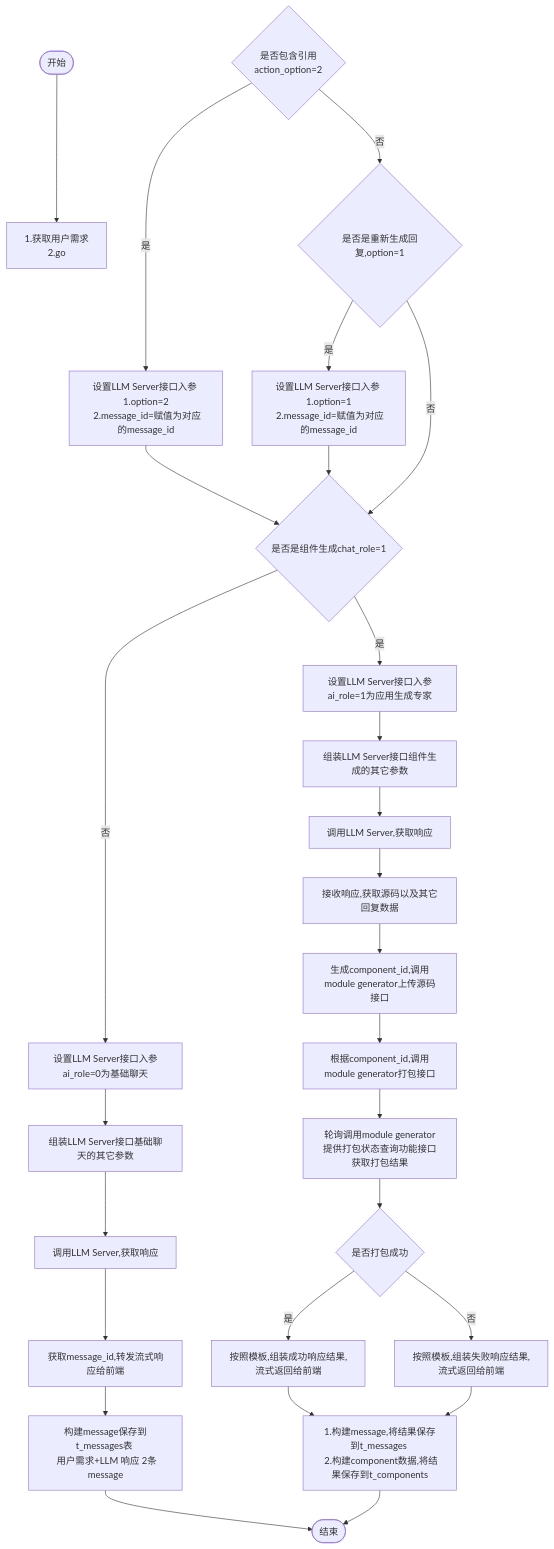
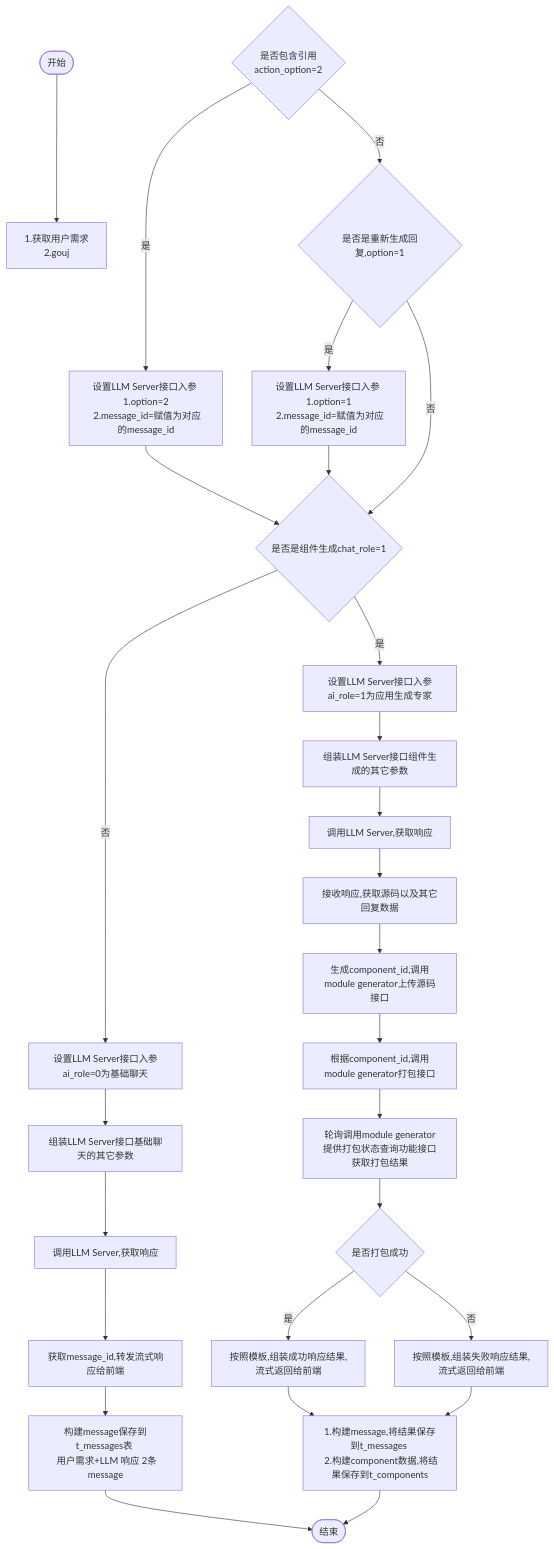
One commit to yingjianzh/iodraw-files changed the diagram in all/w3-会话-不需要传递message.md. Above: the diagram before and after it, drawn with Mermaid.

Commit message:
2024-10-15 14:18:09 update

````diff
--- a/all/w3-会话-不需要传递message.md
+++ b/all/w3-会话-不需要传递message.md
@@ -1,34 +1,34 @@
 ```mermaid
 flowchart TD
-    A([开始]) --> B[1.获取用户需求 \n 2.go]
+    A([开始]) --> B[1.获取用户需求 \n 2.gouj]
     D{是否包含引用 \n action_option=2}
     D -- 是 --> E[设置LLM Server接口入参 \n 1.option=2 \n 2.message_id=赋值为对应的message_id]
     D -- 否 --> F{是否是重新生成回复,option=1}
     F -- 是 --> G[设置LLM Server接口入参 \n 1.option=1 \n 2.message_id=赋值为对应的message_id]
     F -- 否 --> I
      
     E & G --> I{是否是组件生成chat_role=1}
     I -- 否 --> K[设置LLM Server接口入参ai_role=0为基础聊天]
     I -- 是 --> J[设置LLM Server接口入参ai_role=1为应用生成专家]
     
 
     J --> L[组装LLM Server接口组件生成的其它参数]    
     K --> M[组装LLM Server接口基础聊天的其它参数]    
     M --> N[调用LLM Server,获取响应]    
     N --> O[获取message_id,转发流式响应给前端]
     O --> P[构建message保存到t_messages表 \n 用户需求+LLM 响应 2条message]
     P --> R([结束])
 
 
     L --> S[调用LLM Server,获取响应]
     S --> T[接收响应,获取源码以及其它回复数据]
     T --> U[生成component_id,调用module generator上传源码接口]
     U --> V[根据component_id,调用module generator打包接口]
     V --> W[轮询调用module generator提供打包状态查询功能接口获取打包结果]
     W --> X{是否打包成功}
     X -- 是 --> Y[按照模板,组装成功响应结果,流式返回给前端]
     X -- 否 --> Z[按照模板,组装失败响应结果,流式返回给前端]
 
     Y & Z --> Result[1.构建message,将结果保存到t_messages \n 2.构建component数据,将结果保存到t_components]
     Result --> R
 ```
````
